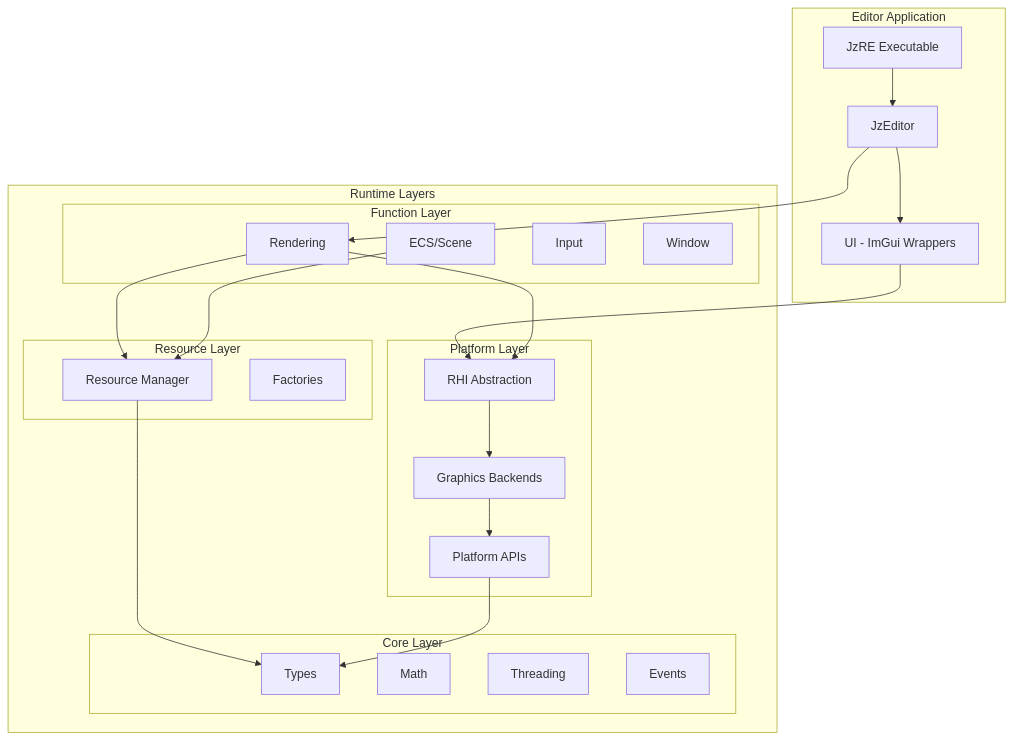
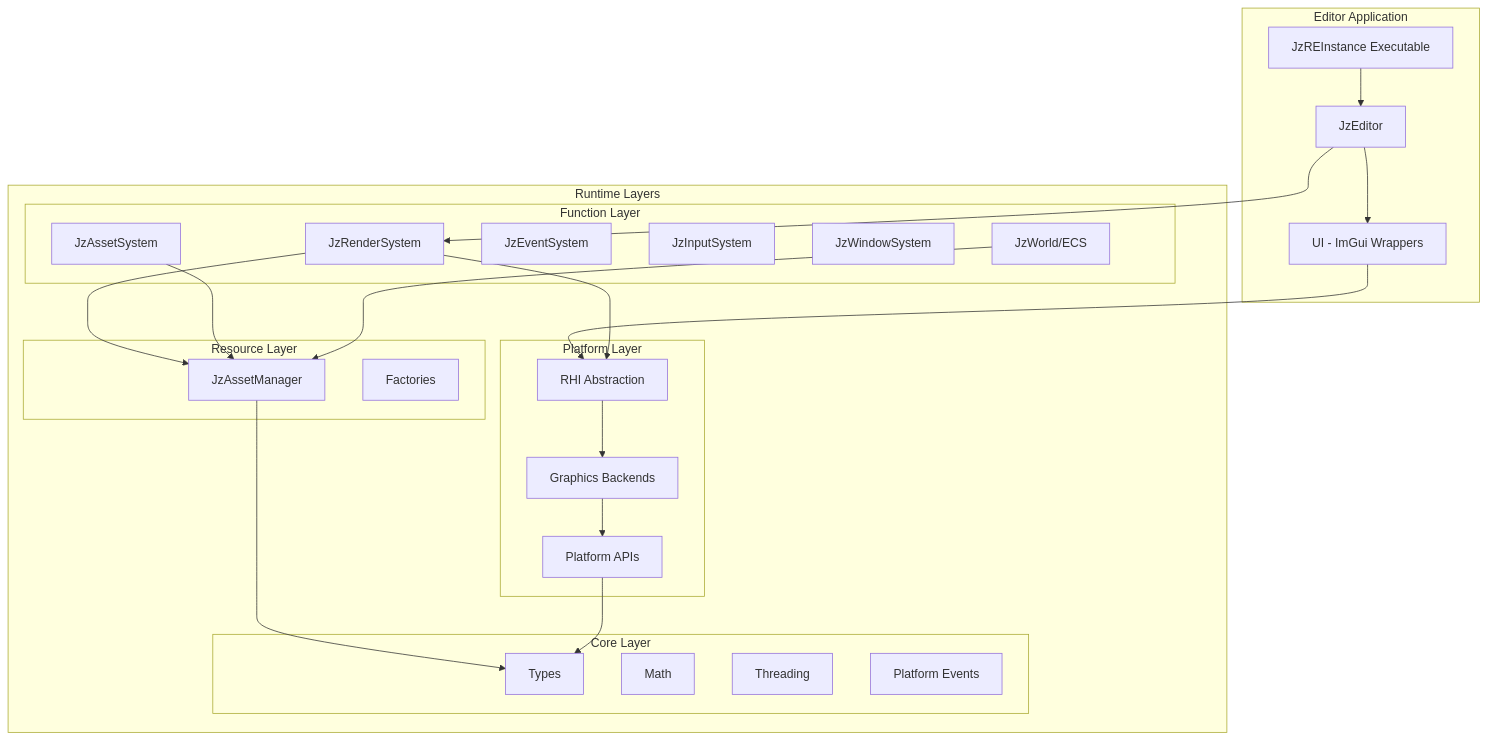
The first of 2 diagrams in docs/architecture/layers.md (JinzhaoTian/JzRE), drawn with Mermaid before and after one commit. The commit also changed other lines of this file and 10 other files, not shown here.

First line of the commit message:
docs: Update architecture documentation to reflect JzAssetManager

````diff
--- a/docs/architecture/layers.md
+++ b/docs/architecture/layers.md
@@ -11,49 +11,52 @@
 ```mermaid
 graph TB
     subgraph "Editor Application"
-        EditorApp[JzRE Executable]
+        EditorApp[JzREInstance Executable]
         EditorModule[JzEditor]
         UIModule[UI - ImGui Wrappers]
     end
 
     subgraph "Runtime Layers"
         subgraph "Function Layer"
-            Render[Rendering]
-            ECS[ECS/Scene]
-            Input[Input]
-            Window[Window]
+            Render[JzRenderSystem]
+            ECS[JzWorld/ECS]
+            Event[JzEventSystem]
+            Input[JzInputSystem]
+            Window[JzWindowSystem]
+            Asset[JzAssetSystem]
         end
 
         subgraph "Resource Layer"
-            ResMgr[Resource Manager]
+            AssetMgr[JzAssetManager]
             Factories[Factories]
         end
 
         subgraph "Core Layer"
             Types[Types]
             Math[Math]
             Threading[Threading]
-            Events[Events]
+            Events[Platform Events]
         end
 
         subgraph "Platform Layer"
             RHI[RHI Abstraction]
             Graphics[Graphics Backends]
             Platform[Platform APIs]
         end
     end
 
     EditorApp --> EditorModule
     EditorModule --> UIModule
     EditorModule --> Render
     UIModule --> RHI
 
-    Render --> ResMgr
-    ECS --> ResMgr
+    Render --> AssetMgr
+    Asset --> AssetMgr
+    ECS --> AssetMgr
     Render --> RHI
 
-    ResMgr --> Types
+    AssetMgr --> Types
     RHI --> Graphics
     Graphics --> Platform
     Platform --> Types
 ```
````
